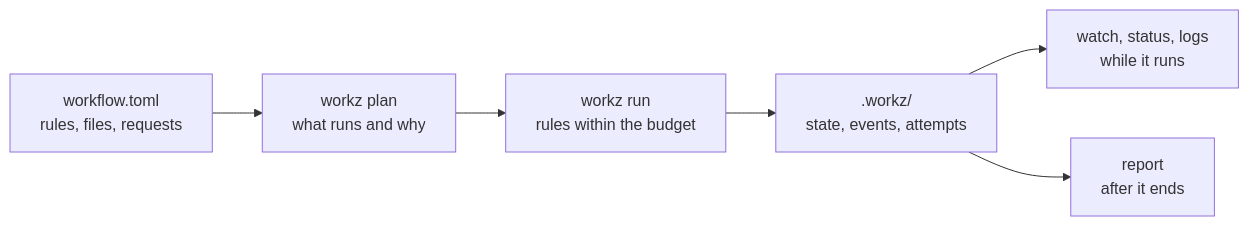
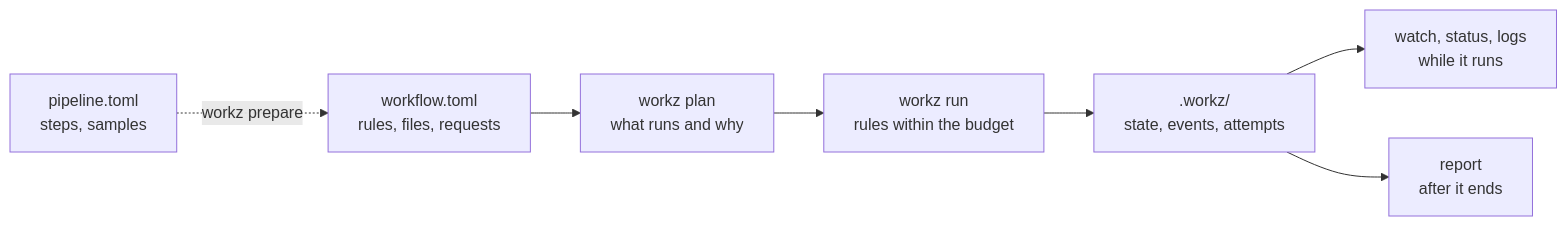
One commit to Zenteomics/kanit changed the diagram in wiki/Home.md. Above: the diagram before and after it, drawn with Mermaid. The commit also changed other lines of this file and 18 other files, not shown here.

````diff
--- a/wiki/Home.md
+++ b/wiki/Home.md
@@ -5,8 +5,9 @@
 ```mermaid
 flowchart LR
+    T[pipeline.toml<br/>steps, samples] -. workz prepare .-> W
     W[workflow.toml<br/>rules, files, requests] --> P[workz plan<br/>what runs and why]
     P --> R[workz run<br/>rules within the budget]
     R --> D[.workz/<br/>state, events, attempts]
     D --> V[watch, status, logs<br/>while it runs]
     D --> A[report<br/>after it ends]
 ```
````
